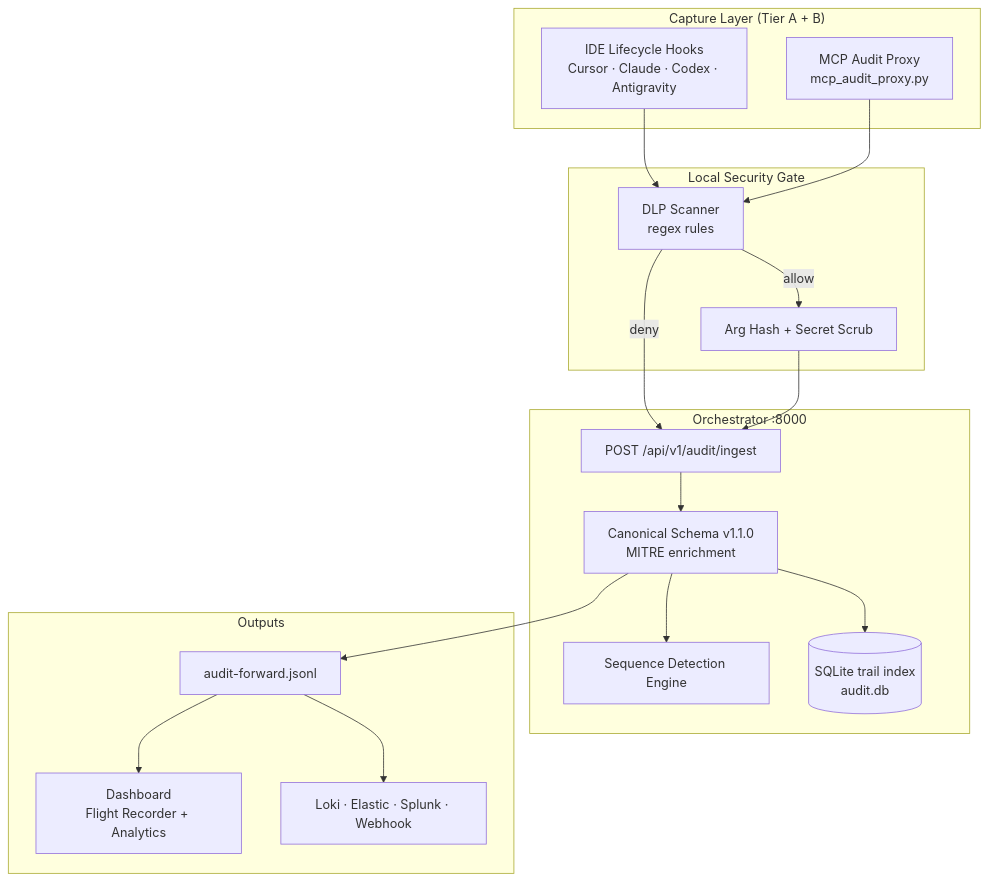
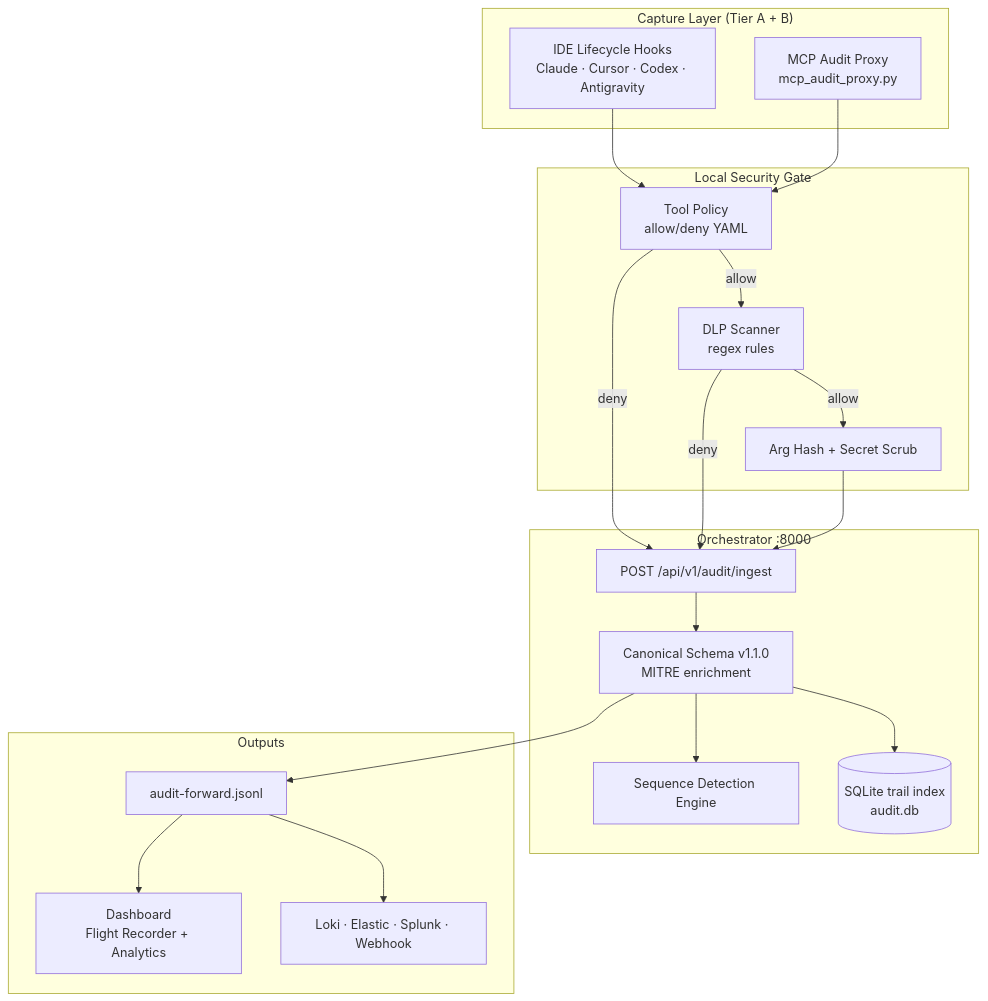
The first of 4 diagrams in README.md (blitzcrieg1/agentmetry), drawn with Mermaid before and after one commit. The commit also changed other lines of this file and 8 other files, not shown here.

````diff
--- a/README.md
+++ b/README.md
@@ -220,37 +220,40 @@
 ```mermaid
 flowchart TB
   subgraph Capture["Capture Layer (Tier A + B)"]
-    HOOKS["IDE Lifecycle Hooks<br/>Cursor · Claude · Codex · Antigravity"]
+    HOOKS["IDE Lifecycle Hooks<br/>Claude · Cursor · Codex · Antigravity"]
     PROXY["MCP Audit Proxy<br/>mcp_audit_proxy.py"]
   end
 
   subgraph Gate["Local Security Gate"]
+    POLICY["Tool Policy<br/>allow/deny YAML"]
     DLP["DLP Scanner<br/>regex rules"]
     HASH["Arg Hash + Secret Scrub"]
   end
 
   subgraph Core["Orchestrator :8000"]
     INGEST["POST /api/v1/audit/ingest"]
     CANON["Canonical Schema v1.1.0<br/>MITRE enrichment"]
     DETECT["Sequence Detection Engine"]
     TRAILDB[("SQLite trail index<br/>audit.db")]
   end
 
   subgraph Output["Outputs"]
     JSONL["audit-forward.jsonl"]
     DASH["Dashboard<br/>Flight Recorder + Analytics"]
     SIEM["Loki · Elastic · Splunk · Webhook"]
   end
 
-  HOOKS --> DLP
-  PROXY --> DLP
+  HOOKS --> POLICY
+  PROXY --> POLICY
+  POLICY -->|allow| DLP
+  POLICY -->|deny| INGEST
   DLP -->|allow| HASH
   DLP -->|deny| INGEST
   HASH --> INGEST
   INGEST --> CANON
   CANON --> TRAILDB
   CANON --> JSONL
   CANON --> DETECT
   JSONL --> DASH
   JSONL --> SIEM
 ```
````
